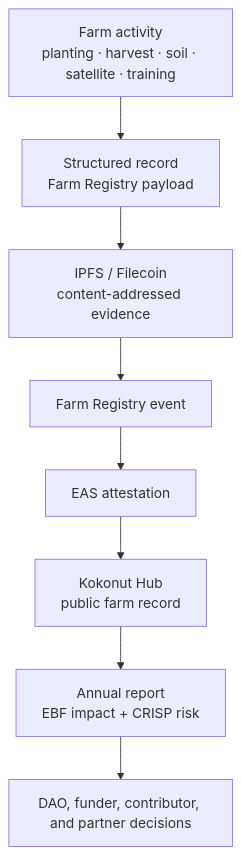
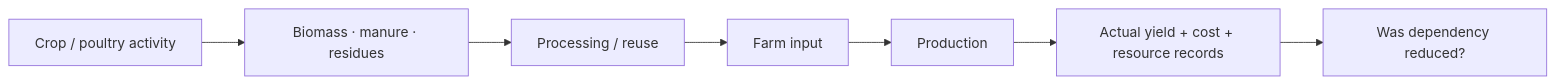
The third of 3 diagrams in kokonut-framework/framework-components/framework-features/methodology-positive-impact.mdx (wasalo/Kokonut-Public-Site), drawn with Mermaid before and after one commit. The commit also changed other lines of this file, not shown here.

Commit message:
docs(kokonut-framework): improve positive impact methodology

````diff
--- a/kokonut-framework/framework-components/framework-features/methodology-positive-impact.mdx
+++ b/kokonut-framework/framework-components/framework-features/methodology-positive-impact.mdx
@@ -199,10 +265,9 @@
 ```mermaid
-flowchart TD
-    A["Farm activity\nplanting · harvest · soil · satellite · training"] --> B["Structured record\nFarm Registry payload"]
-    B --> C["IPFS / Filecoin\ncontent-addressed evidence"]
-    C --> D["Farm Registry event"]
-    D --> E["EAS attestation"]
-    E --> F["Kokonut Hub\npublic farm record"]
-    F --> G["Annual report\nEBF impact + CRISP risk"]
-    G --> H["DAO, funder, contributor, and partner decisions"]
+flowchart LR
+    A["Crop / poultry activity"] --> B["Biomass · manure · residues"]
+    B --> C["Processing / reuse"]
+    C --> D["Farm input"]
+    D --> E["Production"]
+    E --> F["Actual yield + cost + resource records"]
+    F --> G["Was dependency reduced?"]
 ```
````
